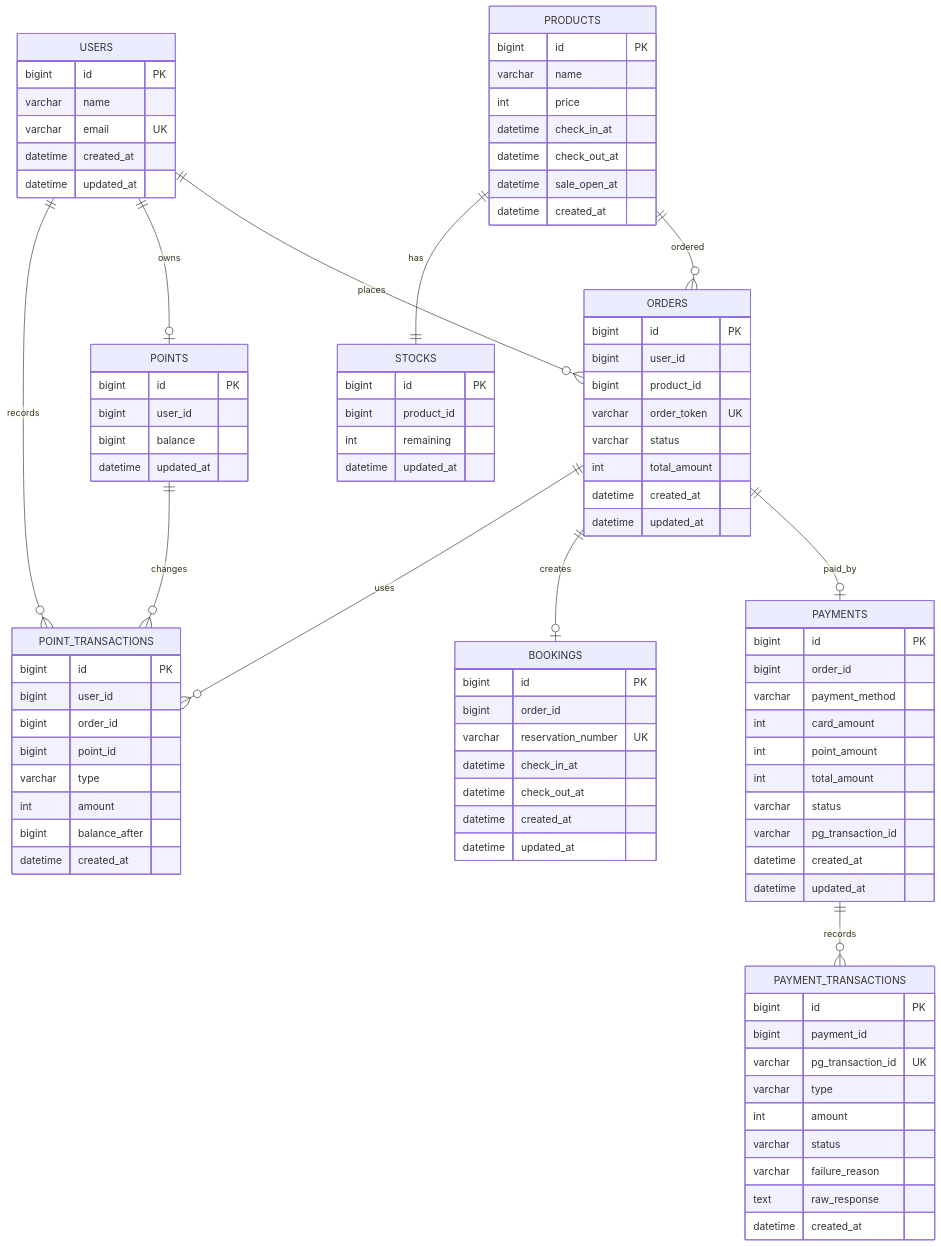
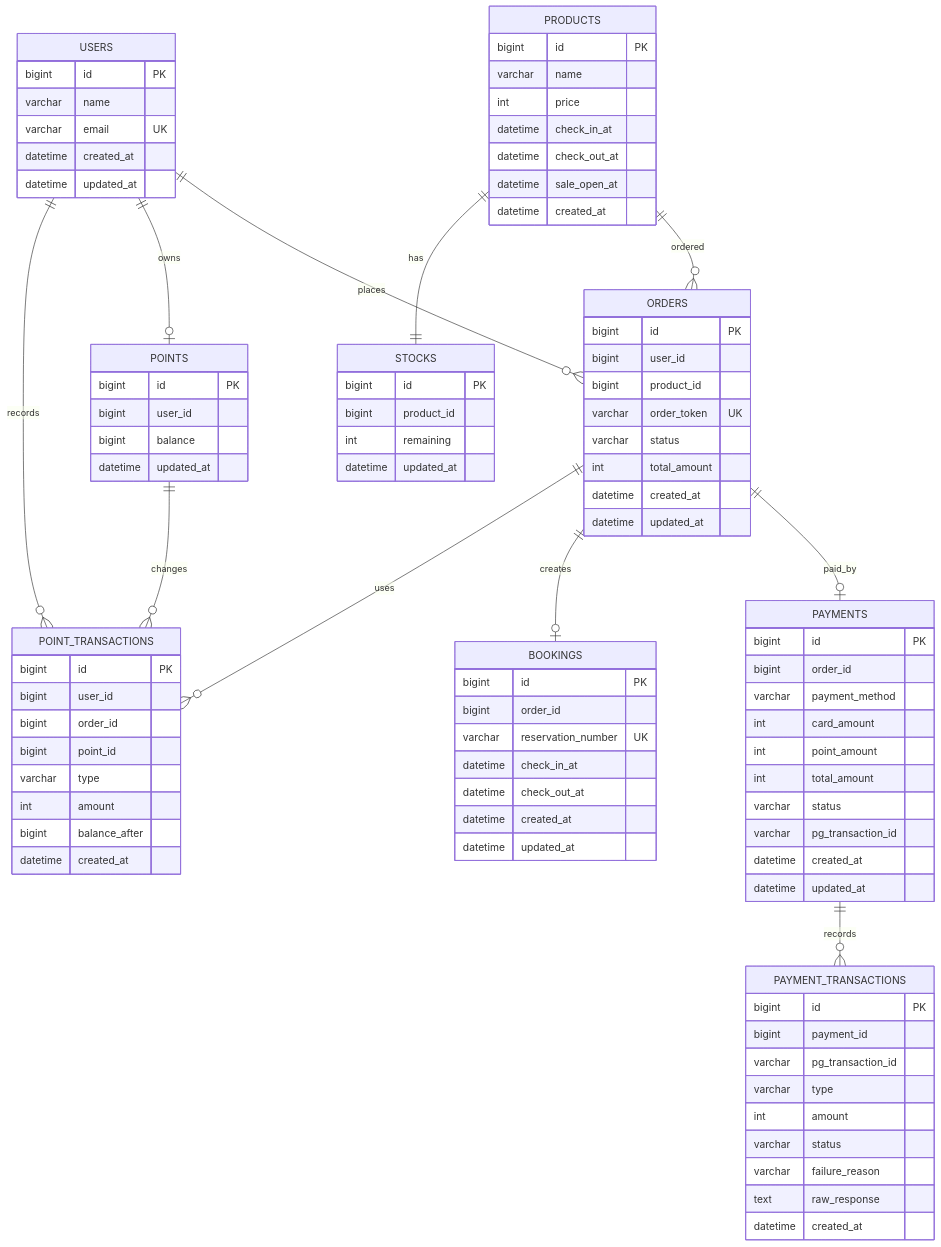
One commit to seunzu/reservation-platform changed the diagram in docs/erd.md. Above: the diagram before and after it, drawn with Mermaid. The commit also changed other lines of this file and 1 other file, not shown here.

```diff
--- a/docs/erd.md
+++ b/docs/erd.md
@@ -69,7 +69,7 @@
     PAYMENT_TRANSACTIONS {
         bigint id PK
         bigint payment_id
-        varchar pg_transaction_id UK
+        varchar pg_transaction_id
         varchar type
         int amount
         varchar status
```
